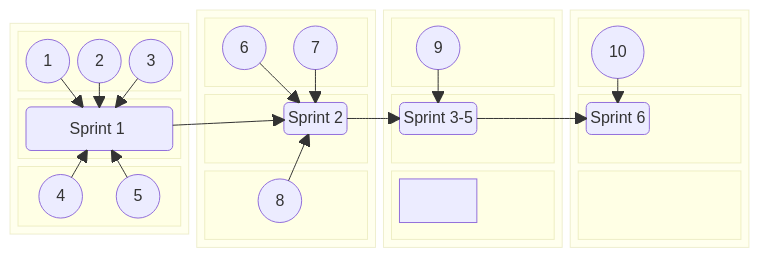
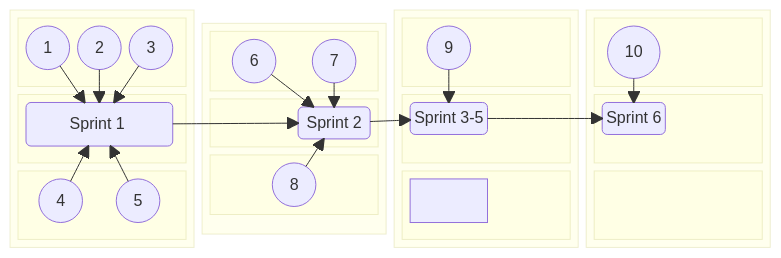
Before and after one commit to jdmedlock/mermaid_testing: the second of 2 diagrams in README.md, drawn with Mermaid.

Commit message:
Feature: Add annotations to test layout

````diff
--- a/README.md
+++ b/README.md
@@ -90,75 +90,75 @@
 ```mermaid
   block-beta
     columns 4
     block:B1:1
       columns 1
       block:B1TOP
         A1(("&nbsp;&nbsp; 1 &nbsp;&nbsp;"))
         A2(("&nbsp;&nbsp; 2 &nbsp;&nbsp;"))
         A3(("&nbsp;&nbsp; 3 &nbsp;&nbsp;"))
       end
       block:B1CENTER
         SPRINT1("Sprint 1&nbsp;")
       end
       block:B1BOTTOM
         A4(("&nbsp;&nbsp; 4 &nbsp;&nbsp;"))
         A5(("&nbsp;&nbsp; 5 &nbsp;&nbsp;"))
       end
       A1 ----> SPRINT1
       A2 ----> SPRINT1
       A3 ----> SPRINT1
       A4 ----> SPRINT1
       A5 ----> SPRINT1
     end
 
     block:B2:1
       columns 1
       block:B2TOP
         A6(("&nbsp;&nbsp; 6 &nbsp;&nbsp;"))
         A7(("&nbsp;&nbsp; 7 &nbsp;&nbsp;"))
       end
       block:B2CENTER
         space
-        SPRINT2("Sprint 2")
+        SPRINT2("&nbsp;Sprint 2&nbsp;")
       end
       block:B2BOTTOM
         A8(("&nbsp;&nbsp; 8 &nbsp;&nbsp;"))
       end
       A6 ----> SPRINT2
       A7 ----> SPRINT2
       A8 ----> SPRINT2
     end
 
     block:B3:1
       columns 1
       block:B3TOP
         A9(("&nbsp;&nbsp; 9 &nbsp;&nbsp;"))
       end
       block:B3CENTER
         SPRINTS35("Sprint 3-5")
       end
       block:B3BOTTOM
         &nbsp;
       end
       A9 ----> SPRINTS35
     end
 
     block:B4:1
       columns 1
       block:B4TOP
         A10(("&nbsp;&nbsp; 10 &nbsp;&nbsp;"))
       end
       block:B4CENTER
         SPRINT6("Sprint 6")
       end
       block:B4BOTTOM
         &nbsp;
       end
       A10 ----> SPRINT6
     end
 
     SPRINT1 --> SPRINT2
     SPRINT2 --> SPRINTS35
     SPRINTS35 --> SPRINT6
 
 ```
````
